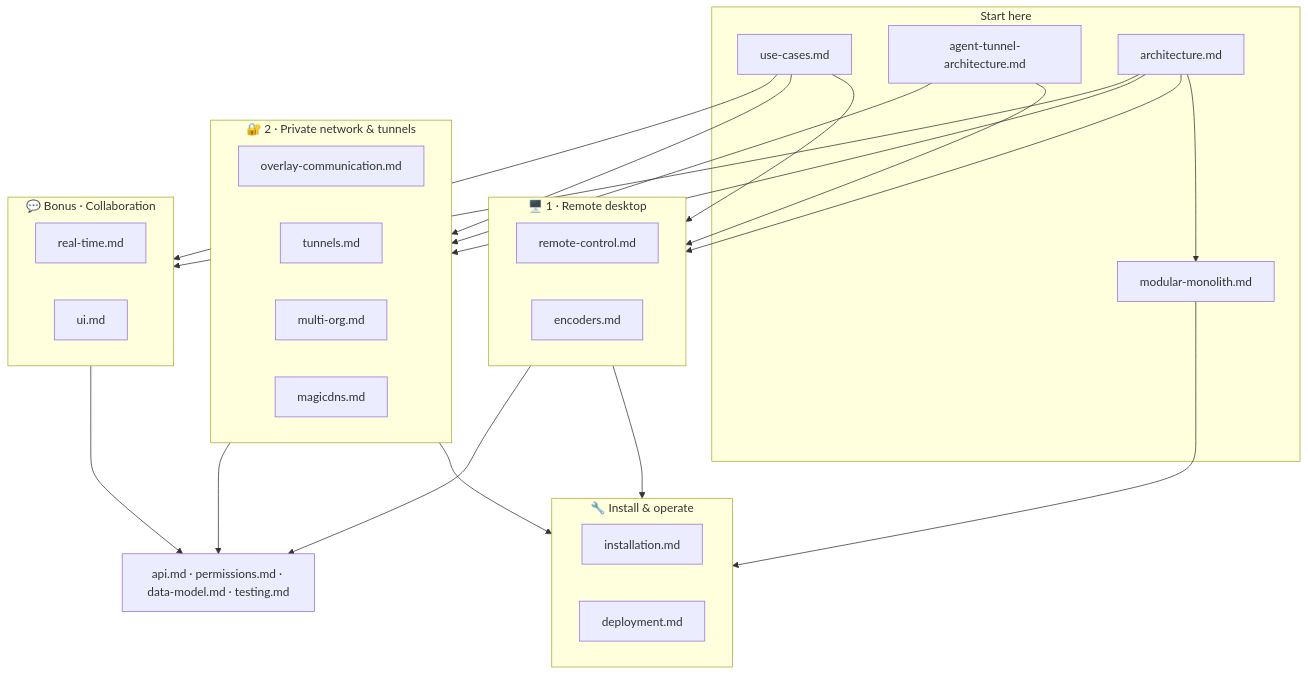
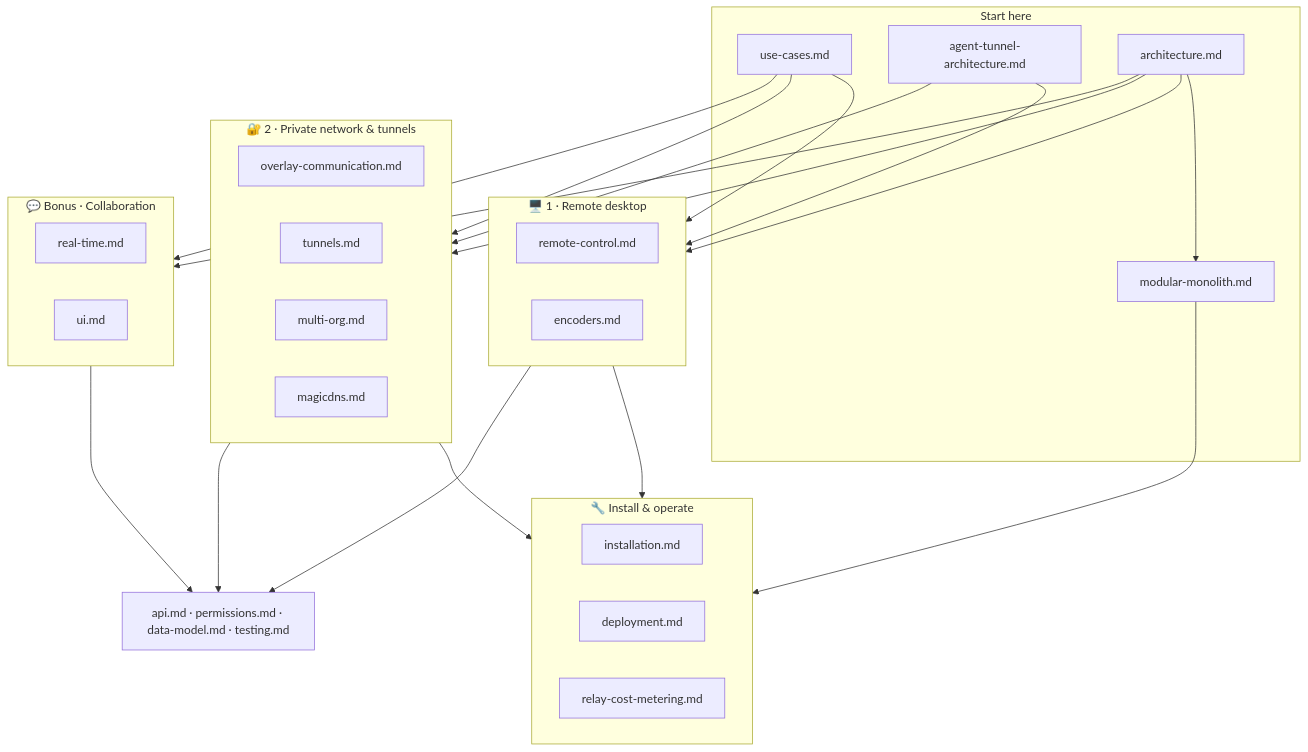
Before and after one commit to gjovanov/roomler-ai: the diagram in docs/README.md, drawn with Mermaid. The commit also changed other lines of this file and 2 other files, not shown here.

````diff
--- a/docs/README.md
+++ b/docs/README.md
@@ -24,41 +24,42 @@
 ```mermaid
 flowchart TB
     subgraph entry["Start here"]
         UC["use-cases.md"]
         ATA["agent-tunnel-architecture.md"]
         ARCH["architecture.md"]
         MM["modular-monolith.md"]
     end
 
     subgraph rd["🖥️ 1 · Remote desktop"]
         RC["remote-control.md"]
         ENC["encoders.md"]
     end
 
     subgraph net["🔐 2 · Private network & tunnels"]
         OC["overlay-communication.md"]
         TUN["tunnels.md"]
         MO["multi-org.md"]
         MDNS["magicdns.md"]
     end
 
     subgraph collab["💬 Bonus · Collaboration"]
         RT["real-time.md"]
         UIX["ui.md"]
     end
 
     subgraph ops["🔧 Install & operate"]
         INST["installation.md"]
         DEP["deployment.md"]
+        RCM["relay-cost-metering.md"]
     end
 
     REF["api.md · permissions.md · data-model.md · testing.md"]
 
     UC --> rd & net & collab
     ATA --> rd & net
     ARCH --> rd & net & collab
     ARCH --> MM
     MM --> ops
     rd & net --> ops
     rd & net & collab --> REF
 ```
````
